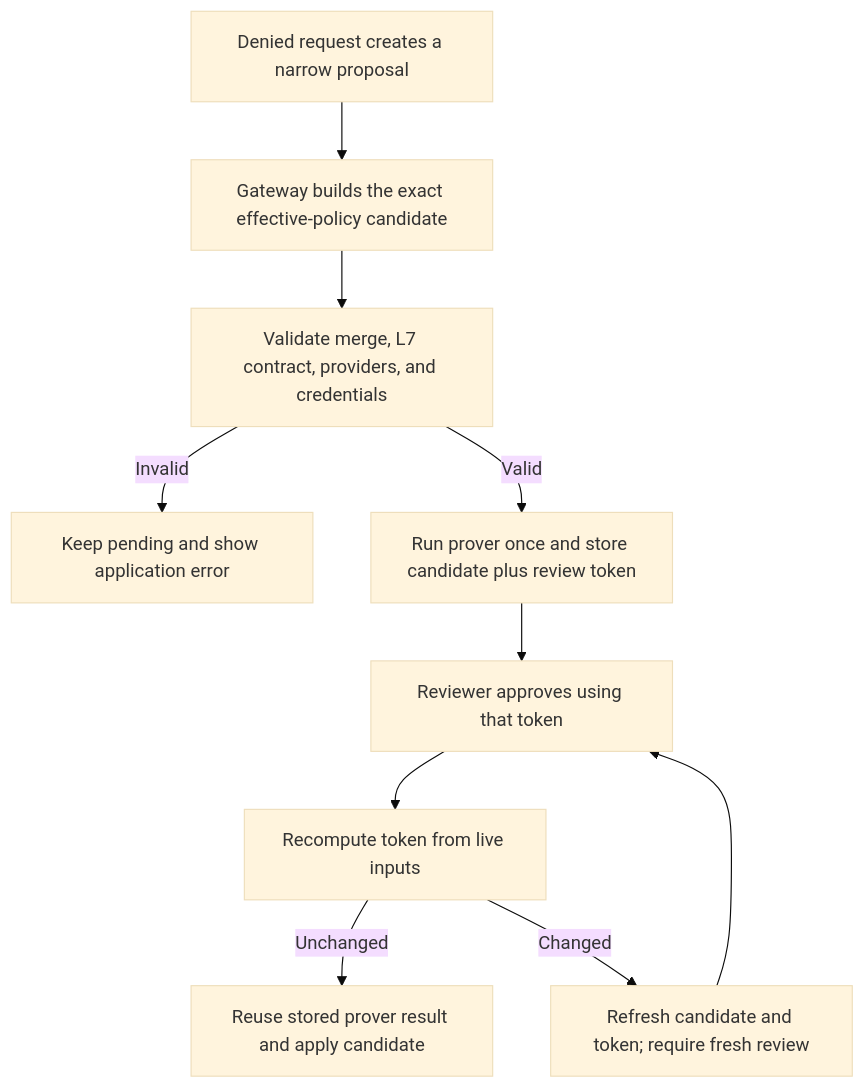
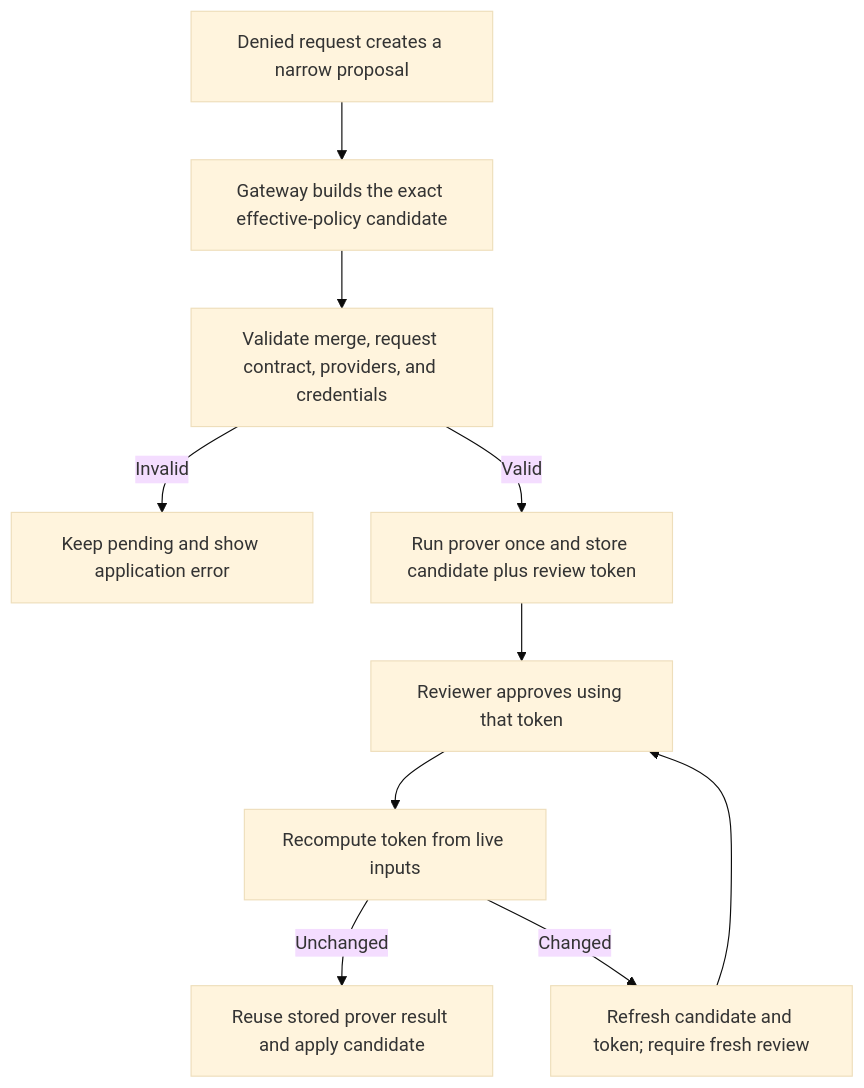
One commit to NVIDIA/OpenShell changed the diagram in docs/how-it-works/policies/advisor.mdx. Above: the diagram before and after it, drawn with Mermaid (base theme). The commit also changed other lines of this file and 4 other files, not shown here.

````diff
--- a/docs/how-it-works/policies/advisor.mdx
+++ b/docs/how-it-works/policies/advisor.mdx
@@ -110,12 +150,12 @@
 ```mermaid
 flowchart TD
   A["Denied request creates a narrow proposal"] --> B["Gateway builds the exact effective-policy candidate"]
-  B --> C["Validate merge, L7 contract, providers, and credentials"]
+  B --> C["Validate merge, request contract, providers, and credentials"]
   C -->|Invalid| D["Keep pending and show application error"]
   C -->|Valid| E["Run prover once and store candidate plus review token"]
   E --> F["Reviewer approves using that token"]
   F --> G["Recompute token from live inputs"]
   G -->|Unchanged| H["Reuse stored prover result and apply candidate"]
   G -->|Changed| I["Refresh candidate and token; require fresh review"]
   I --> F
 ```
````
